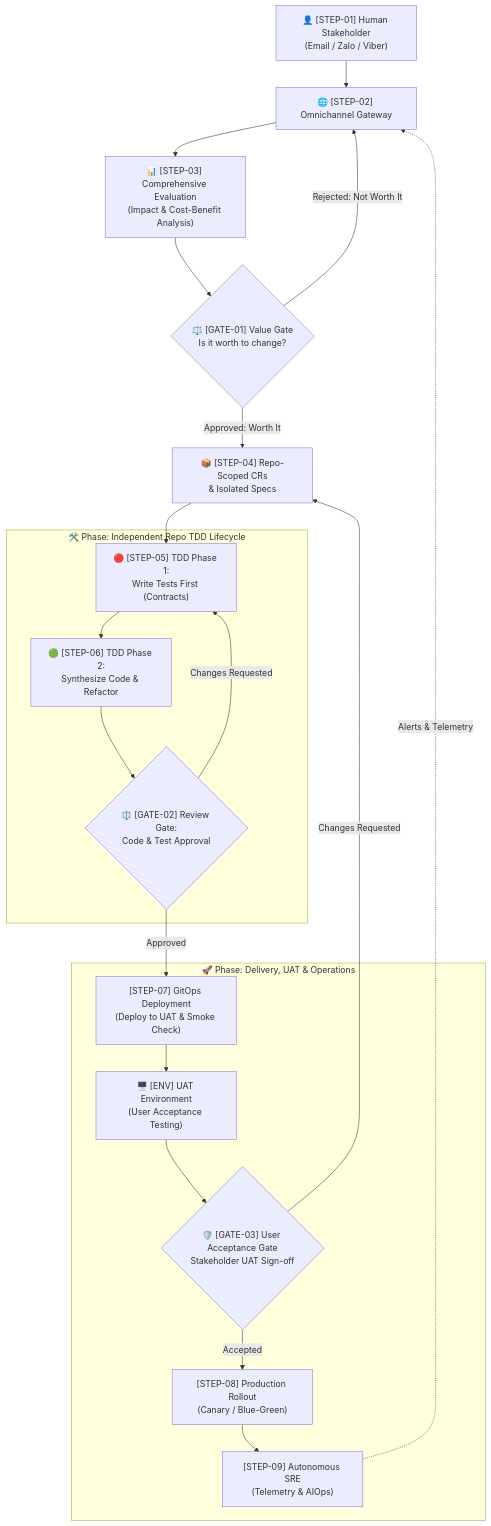
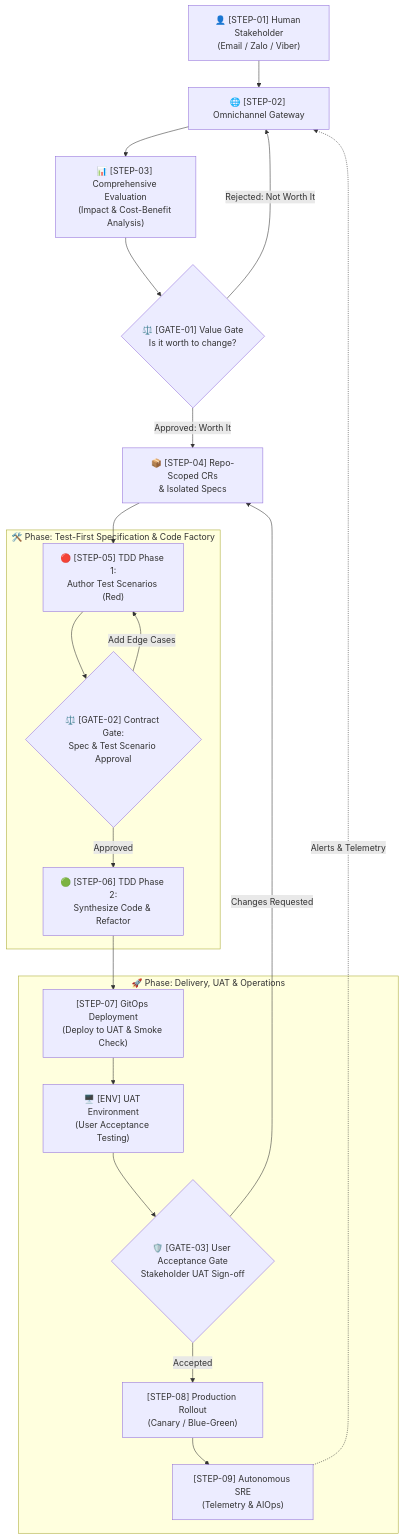
Before and after one commit to sonnormal/stratum-meta: the diagram in docs/workflow.md, drawn with Mermaid. The commit also changed other lines of this file and 1 other file, not shown here.

Commit message:
docs: establish Contract & Test Scenario Gate (Gate 2) before code synthesis and align 3-gate governance model

````diff
--- a/docs/workflow.md
+++ b/docs/workflow.md
@@ -11,43 +11,43 @@
 ```mermaid
 graph TD
     User["👤 [STEP-01] Human Stakeholder<br/>(Email / Zalo / Viber)"]
     Gateway["🌐 [STEP-02] Omnichannel Gateway"]
     Evaluation["📊 [STEP-03] Comprehensive Evaluation<br/>(Impact & Cost-Benefit Analysis)"]
     Gate1{"⚖️ [GATE-01] Value Gate<br/>Is it worth to change?"}
     RepoDispatch["📦 [STEP-04] Repo-Scoped CRs<br/>& Isolated Specs"]
 
     User --> Gateway
     Gateway --> Evaluation
     Evaluation --> Gate1
     Gate1 -->|"Approved: Worth It"| RepoDispatch
     Gate1 -->|"Rejected: Not Worth It"| Gateway
 
-    subgraph TDDLifecycle ["🛠️ Phase: Independent Repo TDD Lifecycle"]
-        TestFirst["🔴 [STEP-05] TDD Phase 1:<br/>Write Tests First (Contracts)"]
+    subgraph TDDLifecycle ["🛠️ Phase: Test-First Specification & Code Factory"]
+        TestFirst["🔴 [STEP-05] TDD Phase 1:<br/>Author Test Scenarios (Red)"]
+        Gate2{"⚖️ [GATE-02] Contract Gate:<br/>Spec & Test Scenario Approval"}
         CodeSynth["🟢 [STEP-06] TDD Phase 2:<br/>Synthesize Code & Refactor"]
-        Gate2{"⚖️ [GATE-02] Review Gate:<br/>Code & Test Approval"}
 
-        TestFirst --> CodeSynth
-        CodeSynth --> Gate2
-        Gate2 -->|"Changes Requested"| TestFirst
+        TestFirst --> Gate2
+        Gate2 -->|"Approved"| CodeSynth
+        Gate2 -->|"Add Edge Cases"| TestFirst
     end
 
     RepoDispatch --> TestFirst
-    Gate2 -->|"Approved"| GitOpsAgent
+    CodeSynth --> GitOpsAgent
 
     subgraph DeliveryOps ["🚀 Phase: Delivery, UAT & Operations"]
         GitOpsAgent["[STEP-07] GitOps Deployment<br/>(Deploy to UAT & Smoke Check)"]
         UATDeploy["🖥️ [ENV] UAT Environment<br/>(User Acceptance Testing)"]
         Gate3{"🛡️ [GATE-03] User Acceptance Gate<br/>Stakeholder UAT Sign-off"}
         ProdDeploy["[STEP-08] Production Rollout<br/>(Canary / Blue-Green)"]
         AIOps["[STEP-09] Autonomous SRE<br/>(Telemetry & AIOps)"]
 
         GitOpsAgent --> UATDeploy
         UATDeploy --> Gate3
         Gate3 -->|"Accepted"| ProdDeploy
         ProdDeploy --> AIOps
     end
 
     Gate3 -->|"Changes Requested"| RepoDispatch
     AIOps -.->|"Alerts & Telemetry"| Gateway
 ```
````
